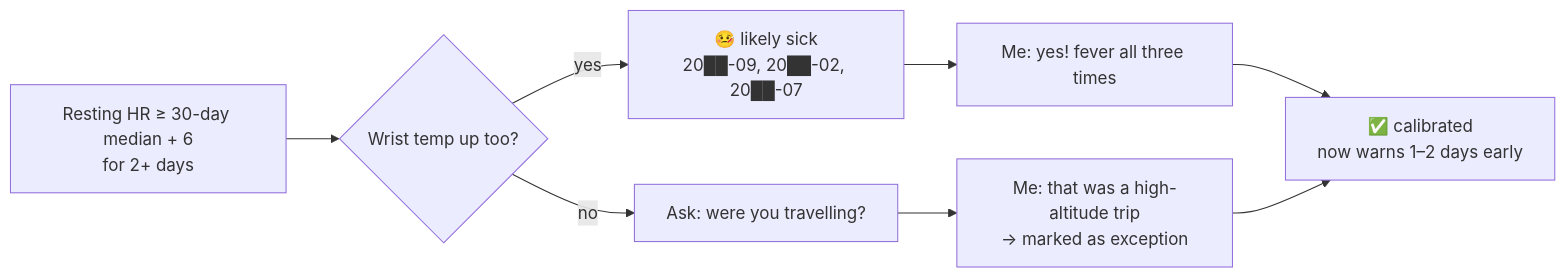
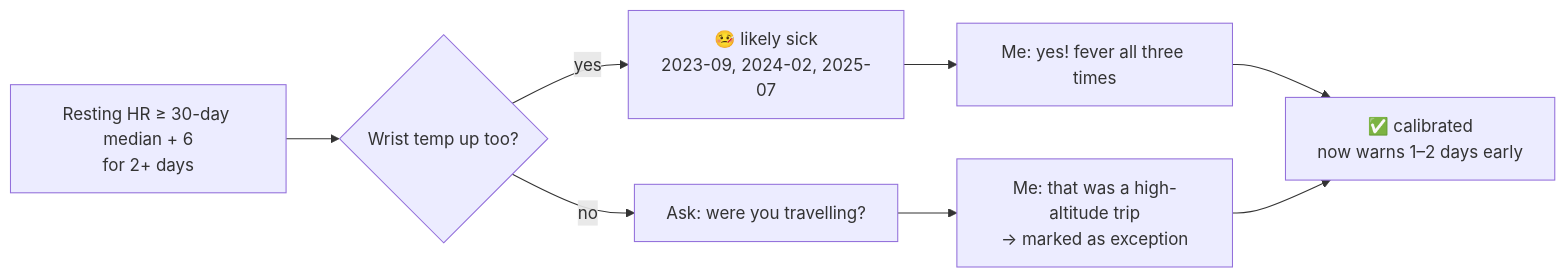
One commit to JamesNolan17/health-buddy changed the fourth of 7 diagrams in README.en.md. Above: the diagram before and after it, drawn with Mermaid. The commit also changed other lines of this file and 6 other files, not shown here.

````diff
--- a/README.en.md
+++ b/README.en.md
@@ -221,9 +221,9 @@
 ```mermaid
 flowchart LR
     A[Resting HR ≥ 30-day median + 6<br/>for 2+ days] --> B{Wrist temp up too?}
-    B -- yes --> C[🤒 likely sick<br/>20██-09, 20██-02, 20██-07]
+    B -- yes --> C[🤒 likely sick<br/>2023-09, 2024-02, 2025-07]
     B -- no --> D[Ask: were you travelling?]
     C --> E[Me: yes! fever all three times]
     D --> F[Me: that was a high-altitude trip<br/>→ marked as exception]
     E & F --> G[✅ calibrated<br/>now warns 1–2 days early]
 ```
````
